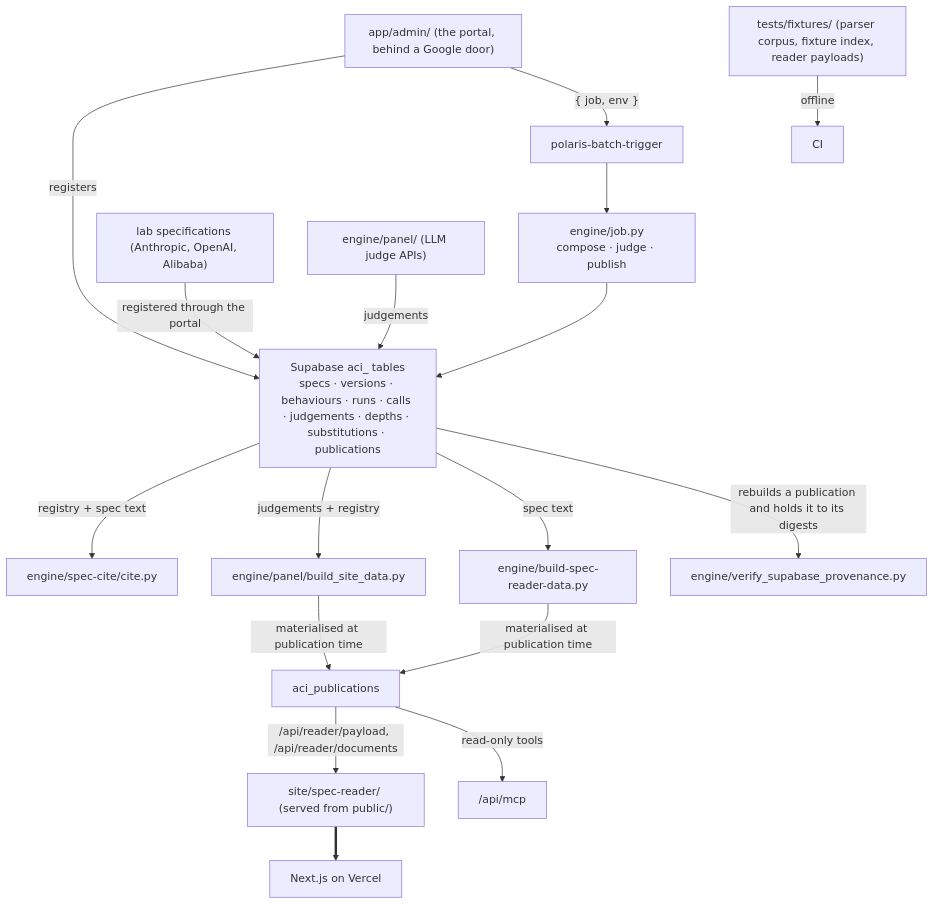
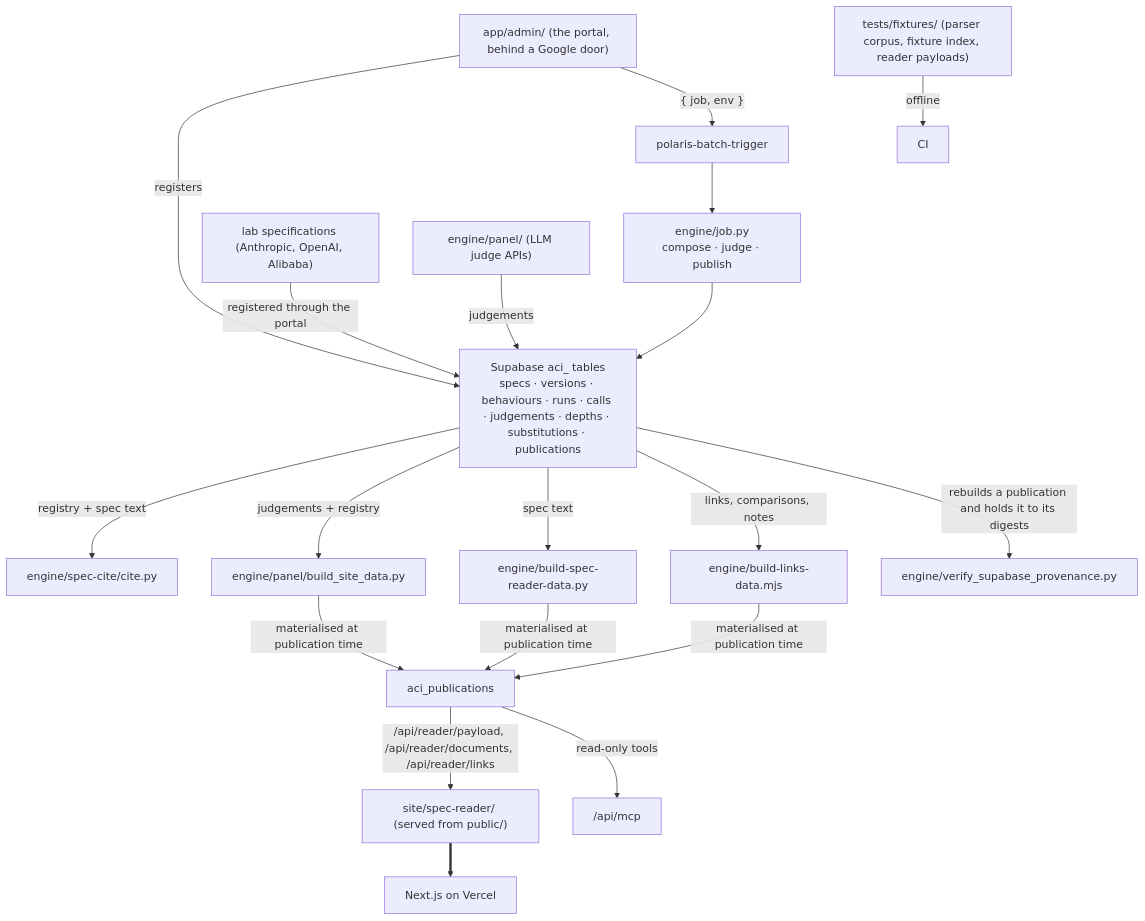
The diagram in SYSTEM.md (polariscollective/ai-character-index), drawn with Mermaid before and after one commit. The commit also changed other lines of this file and 10 other files, not shown here.

First line of the commit message:
docs: the reader is served three payloads, not two

````diff
--- a/SYSTEM.md
+++ b/SYSTEM.md
@@ -17,18 +17,19 @@
 ```mermaid
 graph TB
   admin["app/admin/ (the portal, behind a Google door)"] -->|"registers"| sb
   admin -->|"{ job, env }"| trig["polaris-batch-trigger"] --> job["engine/job.py<br/>compose · judge · publish"]
   job --> sb
   labs["lab specifications (Anthropic, OpenAI, Alibaba)"] -->|"registered through the portal"| sb
   sb["Supabase aci_ tables<br/>specs · versions · behaviours · runs · calls · judgements · depths · substitutions · publications"]
   panel["engine/panel/ (LLM judge APIs)"] -->|"judgements"| sb
   sb -->|"registry + spec text"| cite["engine/spec-cite/cite.py"]
   sb -->|"judgements + registry"| bsd["engine/panel/build_site_data.py"]
   sb -->|"spec text"| bsr["engine/build-spec-reader-data.py"]
-  bsd & bsr -->|"materialised at publication time"| pub["aci_publications"]
-  pub -->|"/api/reader/payload, /api/reader/documents"| reader["site/spec-reader/ (served from public/)"]
+  sb -->|"links, comparisons, notes"| bld["engine/build-links-data.mjs"]
+  bsd & bsr & bld -->|"materialised at publication time"| pub["aci_publications"]
+  pub -->|"/api/reader/payload, /api/reader/documents, /api/reader/links"| reader["site/spec-reader/ (served from public/)"]
   pub -->|"read-only tools"| mcp["/api/mcp"]
   reader ==> vc["Next.js on Vercel"]
   sb -->|"rebuilds a publication and holds it to its digests"| ver["engine/verify_supabase_provenance.py"]
   fix["tests/fixtures/ (parser corpus, fixture index, reader payloads)"] -->|"offline"| ci["CI"]
 ```
````
